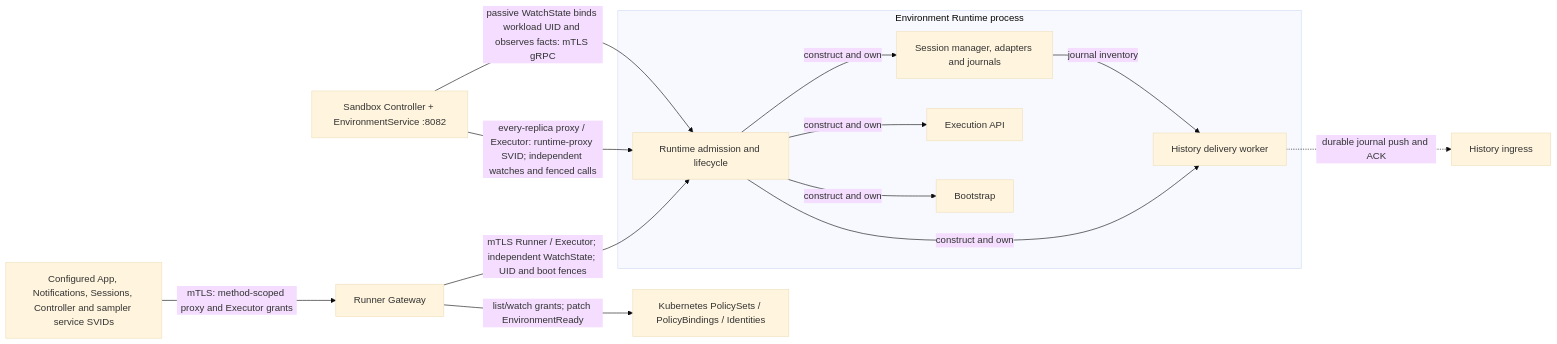
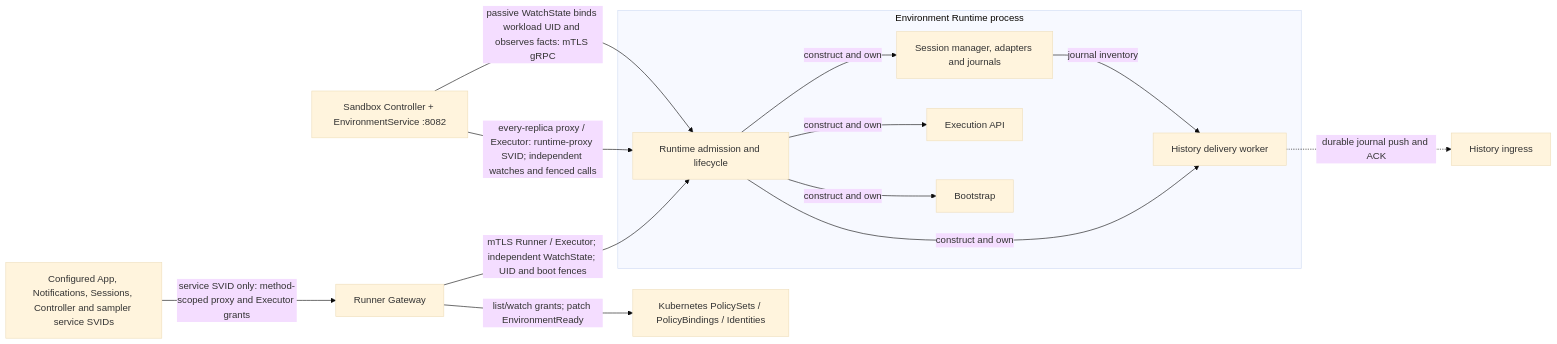
Before and after one commit to agentydragon/ducktape: the seventh of 18 diagrams in agentplane/docs/system_overview.md, drawn with Mermaid (base theme). The commit also changed other lines of this file and 52 other files, not shown here.

````diff
--- a/agentplane/docs/system_overview.md
+++ b/agentplane/docs/system_overview.md
@@ -486,22 +486,22 @@
 ```mermaid
 flowchart LR
     gateway[Runner Gateway]
     services[Configured App, Notifications, Sessions, Controller and sampler service SVIDs]
-    services -->|mTLS: method-scoped proxy and Executor grants| gateway
+    services -->|service SVID only: method-scoped proxy and Executor grants| gateway
     subgraph environment_runtime[Environment Runtime process]
       runtime[Runtime admission and lifecycle]
       sessions[Session manager, adapters and journals]
       execution[Execution API]
       bootstrap[Bootstrap]
       delivery[History delivery worker]
       runtime -->|construct and own| sessions & execution & bootstrap & delivery
       sessions -->|journal inventory| delivery
     end
     history[History ingress]
     gateway -->|mTLS Runner / Executor; independent WatchState; UID and boot fences| runtime
     sandboxctl -->|every-replica proxy / Executor: runtime-proxy SVID; independent watches and fenced calls| runtime
     policy_api[Kubernetes PolicySets / PolicyBindings / Identities]
     gateway -->|list/watch grants; patch EnvironmentReady| policy_api
     sandboxctl[Sandbox Controller + EnvironmentService :8082] -->|passive WatchState binds workload UID and observes facts: mTLS gRPC| runtime
     delivery -.->|durable journal push and ACK| history
 ```
````
